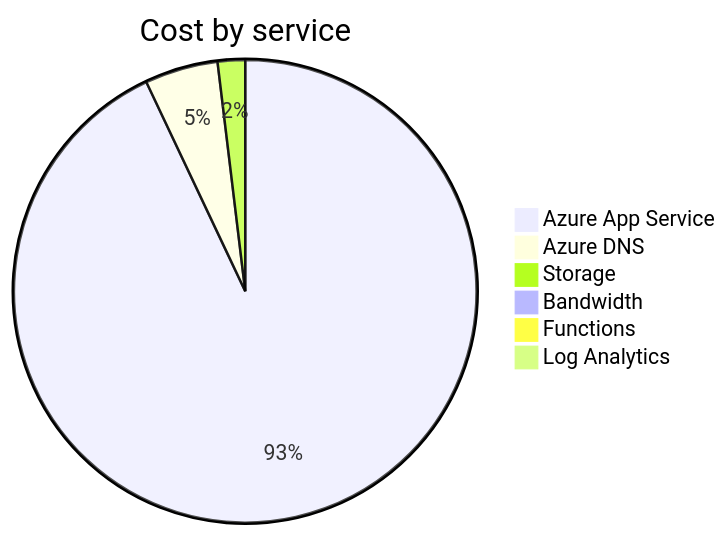
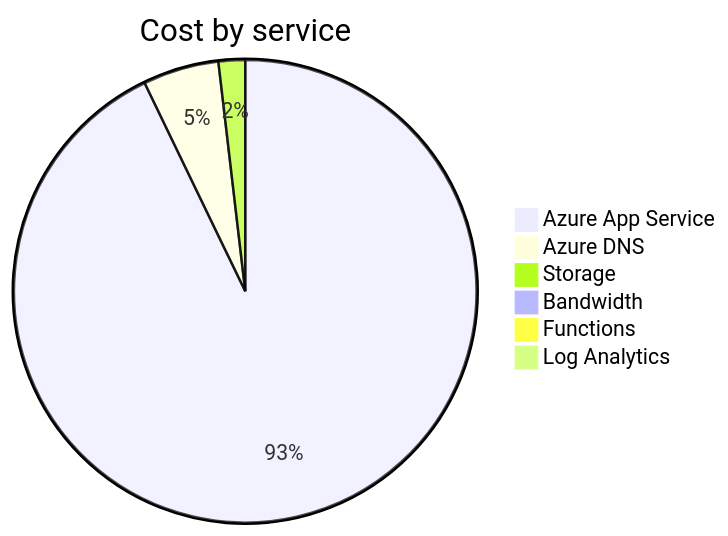
One commit to jpfulton/azure-personal-reports changed the second of 4 diagrams in cost-reports/accumulated-cost.md. Above: the diagram before and after it, drawn with Mermaid. The commit also changed other lines of this file and 4 other files, not shown here.

````diff
--- a/cost-reports/accumulated-cost.md
+++ b/cost-reports/accumulated-cost.md
@@ -100,10 +100,10 @@
 ```mermaid
 pie
    title Cost by service
-   "Azure App Service" : 2.91
-   "Azure DNS" : 0.16
-   "Storage" : 0.06
+   "Azure App Service" : 3.50
+   "Azure DNS" : 0.20
+   "Storage" : 0.07
    "Bandwidth" : 0.00
    "Functions" : 0.00
    "Log Analytics" : 0.00
 ```
````
